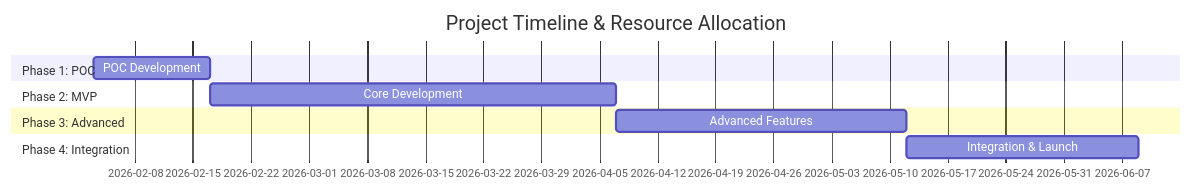
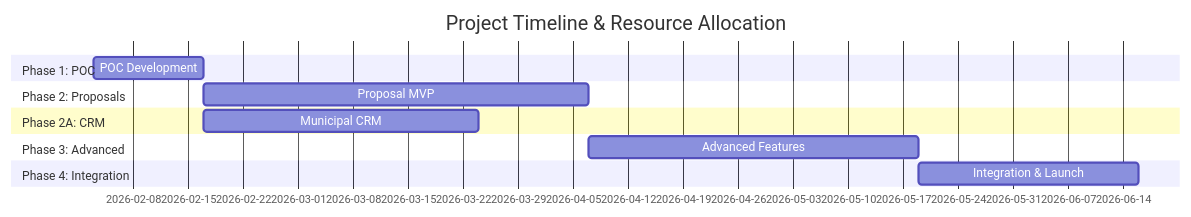
The second of 3 diagrams in Project-Cost-Estimate.md (elikiedrowski/ECI_Site_Construction), drawn with Mermaid before and after one commit. The commit also changed other lines of this file, not shown here.

Commit message:
Add Phase 2A Municipal CRM (2K) and increase Phase 3 to 5K for enhanced guard rails - Total: 5K

````diff
--- a/Project-Cost-Estimate.md
+++ b/Project-Cost-Estimate.md
@@ -302,16 +369,19 @@
 ```mermaid
 gantt
     title Project Timeline & Resource Allocation
     dateFormat YYYY-MM-DD
     section Phase 1: POC
     POC Development           :p1, 2026-02-03, 2w
     
-    section Phase 2: MVP
-    Core Development         :p2, after p1, 7w
+    section Phase 2: Proposals
+    Proposal MVP             :p2, after p1, 7w
+    
+    section Phase 2A: CRM
+    Municipal CRM            :p2a, after p1, 5w
     
     section Phase 3: Advanced
-    Advanced Features        :p3, after p2, 5w
+    Advanced Features        :p3, after p2, 6w
     
     section Phase 4: Integration
     Integration & Launch     :p4, after p3, 4w
 ```
````
